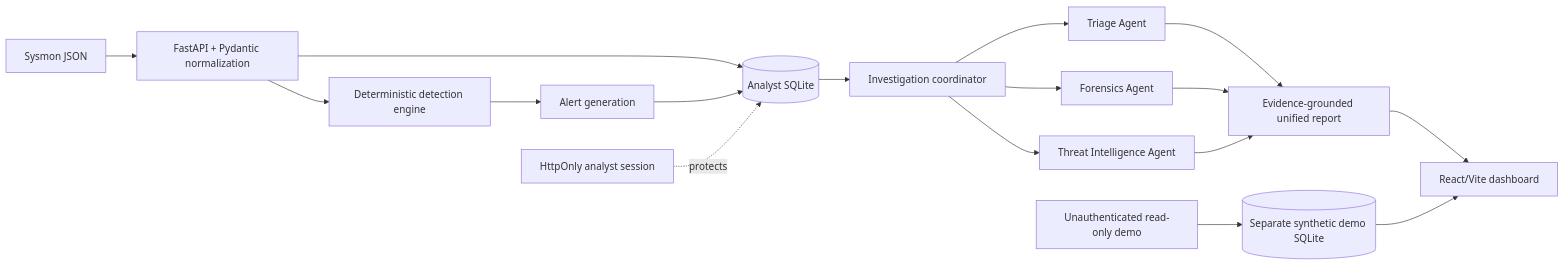
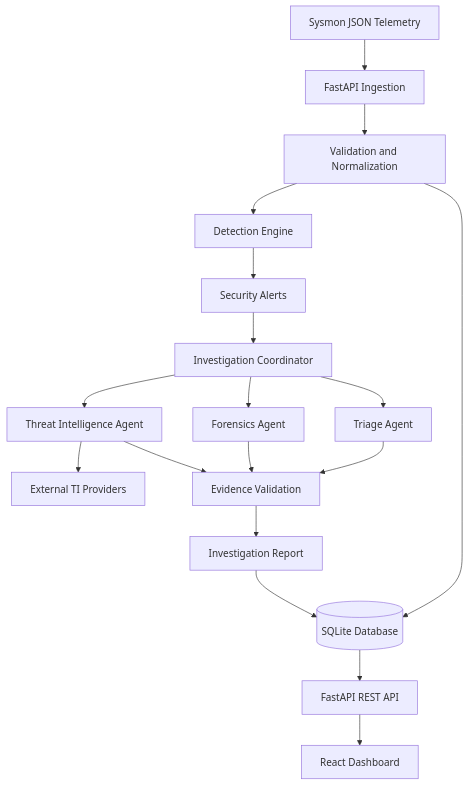
One commit to lokilokith/Sherlock-SOC changed the diagram in README.md. Above: the diagram before and after it, drawn with Mermaid. The commit also changed other lines of this file, not shown here.

````diff
--- a/README.md
+++ b/README.md
@@ -27,19 +66,26 @@
 ```mermaid
-flowchart LR
-  S[Sysmon JSON] --> N[FastAPI + Pydantic normalization]
-  N --> D[Deterministic detection engine]
-  D --> A[Alert generation]
-  N --> DB[(Analyst SQLite)]
-  A --> DB
-  DB --> C[Investigation coordinator]
-  C --> T[Triage Agent]
-  C --> F[Forensics Agent]
-  C --> TI[Threat Intelligence Agent]
-  T --> R[Evidence-grounded unified report]
-  F --> R
-  TI --> R
-  R --> UI[React/Vite dashboard]
-  PUB[Unauthenticated read-only demo] --> DEMO[(Separate synthetic demo SQLite)]
-  DEMO --> UI
-  AUTH[HttpOnly analyst session] -. protects .-> DB
+flowchart TD
+    A["Sysmon JSON Telemetry"] --> B["FastAPI Ingestion"]
+    B --> C["Validation and Normalization"]
+    C --> D[("SQLite Database")]
+    C --> E["Detection Engine"]
+
+    E --> F["Security Alerts"]
+    F --> G["Investigation Coordinator"]
+
+    G --> H["Triage Agent"]
+    G --> I["Forensics Agent"]
+    G --> J["Threat Intelligence Agent"]
+
+    J --> K["External TI Providers"]
+
+    H --> L["Evidence Validation"]
+    I --> L
+    J --> L
+
+    L --> M["Investigation Report"]
+    M --> D
+
+    D --> N["FastAPI REST API"]
+    N --> O["React Dashboard"]
 ```
````
